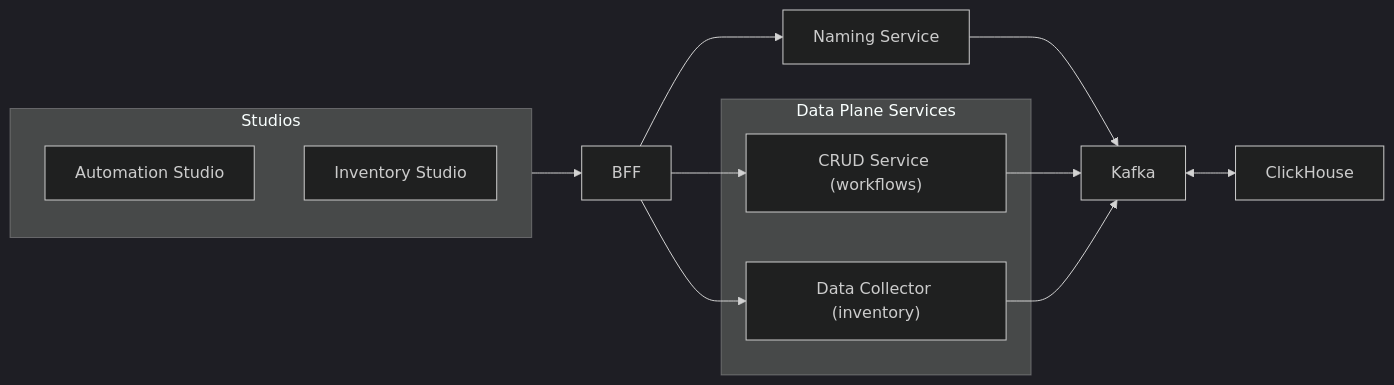
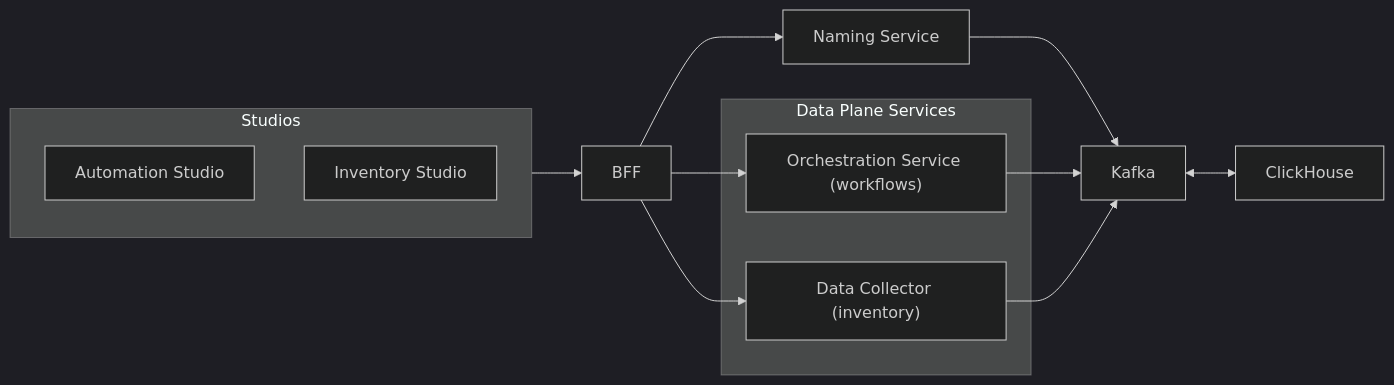
The diagram in docs/marketing/naming-service.md (empowerID/empowernow_docs), drawn with Mermaid (dark theme) before and after one commit. The commit also changed 82 other files, not shown here.

````diff
--- a/docs/marketing/naming-service.md
+++ b/docs/marketing/naming-service.md
@@ -24,23 +24,23 @@
 ```mermaid
 flowchart LR
   subgraph Studios
     Auto[Automation Studio]
     Inv[Inventory Studio]
   end
   BFF[BFF]
   Studios --> BFF
   NS[Naming Service]
   BFF --> NS
 
   subgraph DataPlane["Data Plane Services"]
-    CRUD["CRUD Service (workflows)"]
+    CRUD["Orchestration Service (workflows)"]
     DC["Data Collector (inventory)"]
   end
   BFF --> CRUD
   BFF --> DC
 
   NS --> K[Kafka]
   CRUD --> K
   DC --> K
   K <--> CH[ClickHouse]
 ```
````
